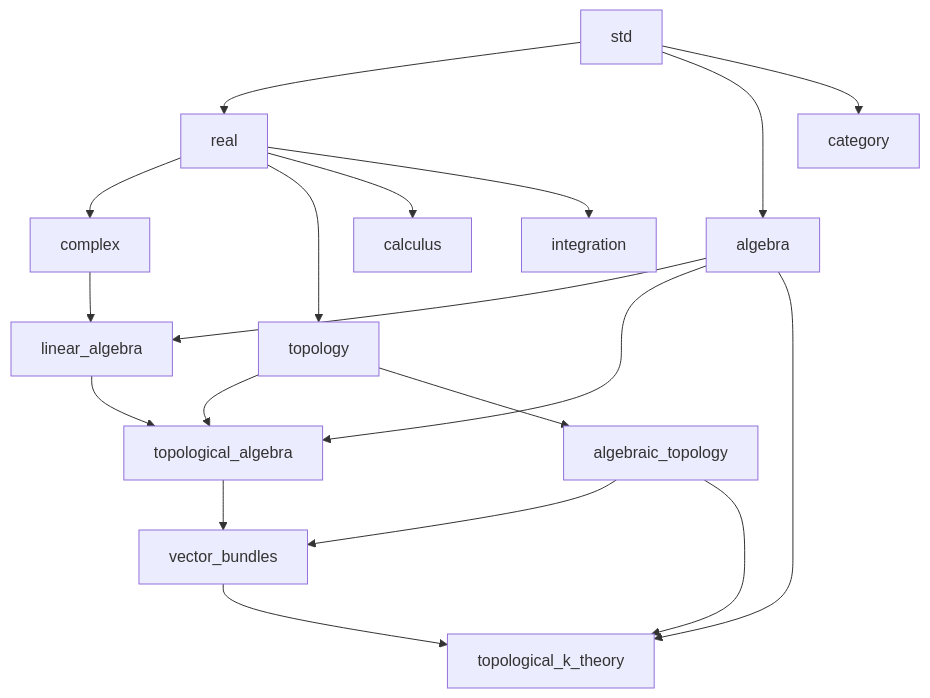
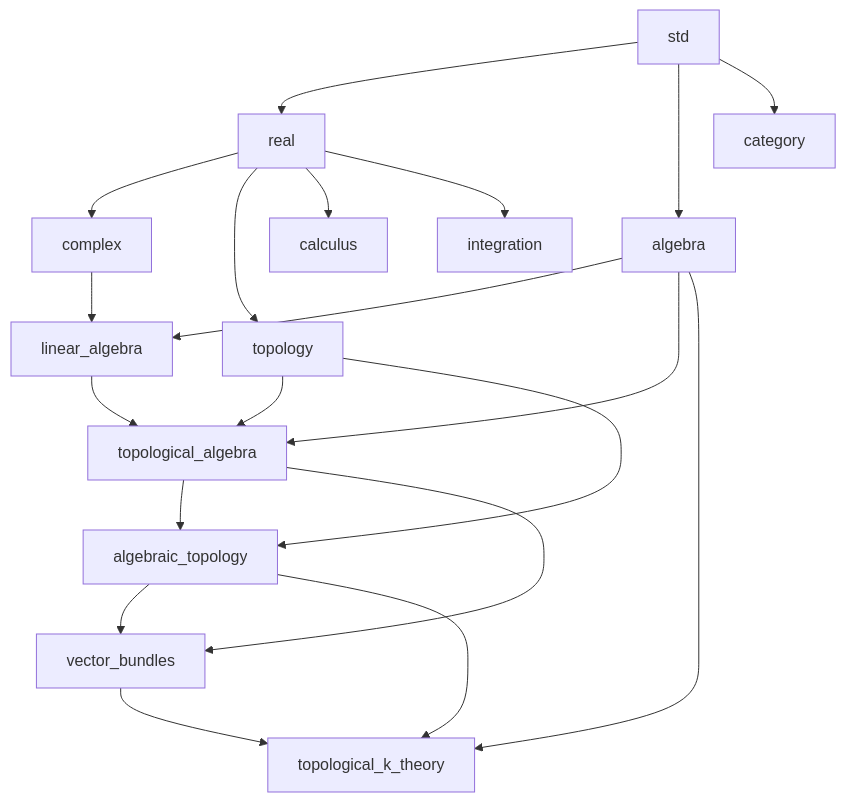
Before and after one commit to pdf-jube-joba/ref-type: the diagram in _plans/topological-k-theory-libraries.md, drawn with Mermaid. The commit also changed other lines of this file and 74 other files, not shown here.

Commit message:
Add topological algebra and algebraic topology foundations

````diff
--- a/_plans/topological-k-theory-libraries.md
+++ b/_plans/topological-k-theory-libraries.md
@@ -175,21 +175,22 @@
 ```mermaid
 flowchart TD
     std --> real
     real --> complex
     std --> algebra
     complex --> linear_algebra
     algebra --> linear_algebra
     real --> topology
     topology --> topological_algebra
     linear_algebra --> topological_algebra
     algebra --> topological_algebra
     topology --> algebraic_topology
+    topological_algebra --> algebraic_topology
     topological_algebra --> vector_bundles
     algebraic_topology --> vector_bundles
     vector_bundles --> topological_k_theory
     algebra --> topological_k_theory
     algebraic_topology --> topological_k_theory
     std --> category
     real --> calculus
     real --> integration
 ```
````
